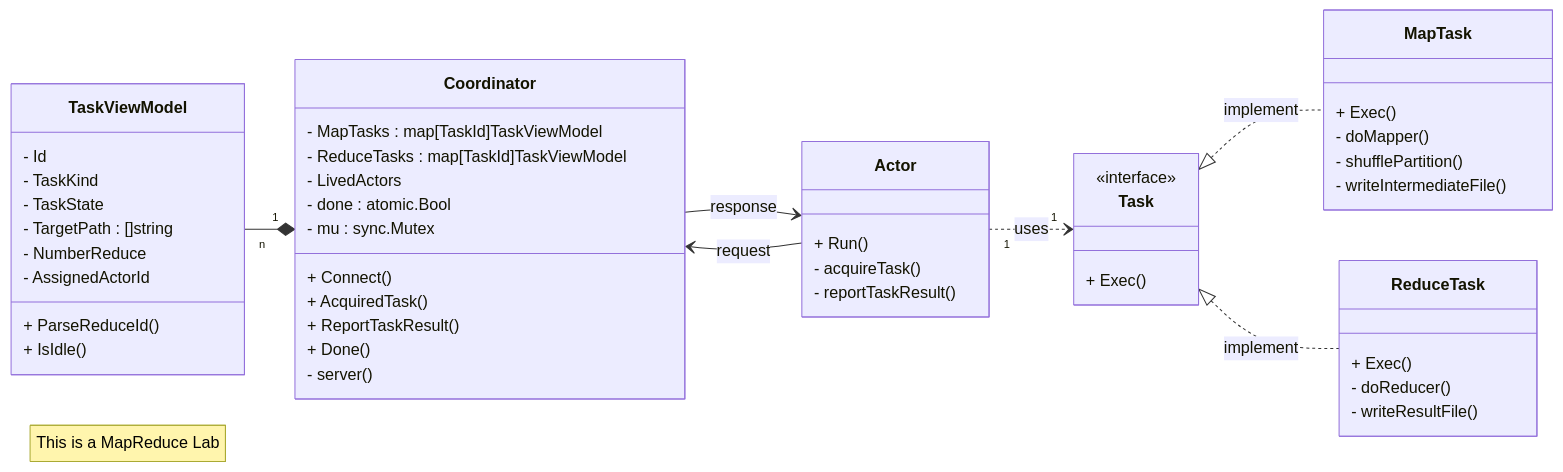
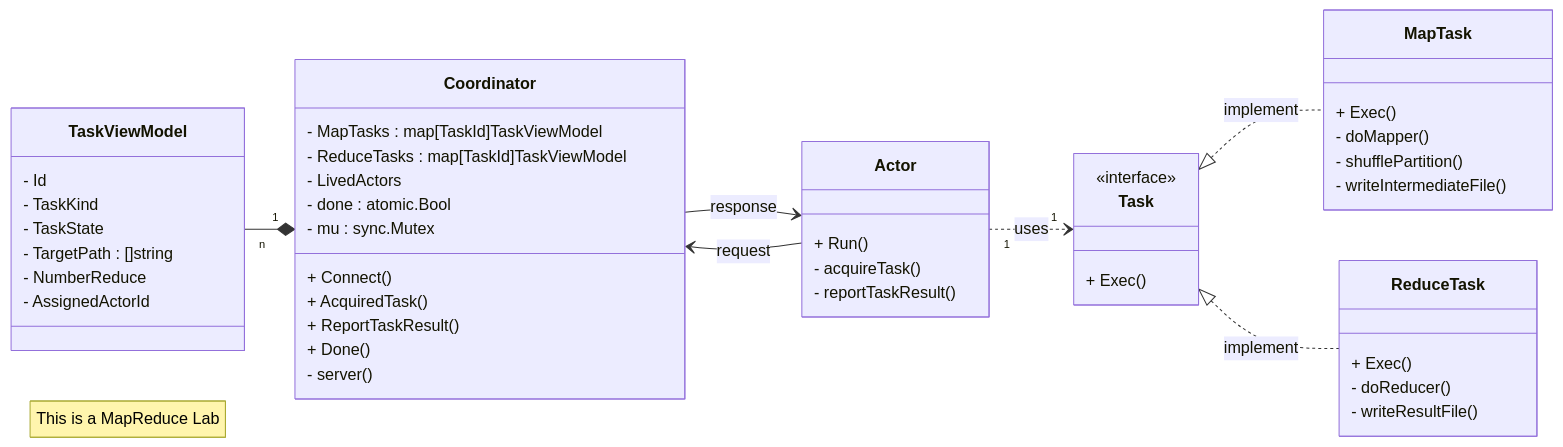
Before and after one commit to KScaesar/Spring-2023-MIT6.5840: the diagram in src/lab1/README.md, drawn with Mermaid.

Commit message:
doc: fix mermaid class diagram

````diff
--- a/src/lab1/README.md
+++ b/src/lab1/README.md
@@ -14,63 +14,60 @@
 ```mermaid
 classDiagram
   direction LR
   note "This is a MapReduce Lab"
   class Coordinator {
     - MapTasks : map[TaskId]TaskViewModel
     - ReduceTasks : map[TaskId]TaskViewModel
     - LivedActors
     - done : atomic.Bool
     - mu : sync.Mutex
 
 
     + Connect()
     + AcquiredTask()
     + ReportTaskResult()
     + Done()
 
     - server()
   }
 
   class Actor {
     + Run()
     - acquireTask()
     - reportTaskResult()
   }
 
   class Task {
      <<interface>>
     + Exec()
   }
 
   class TaskViewModel {
     - Id 
     - TaskKind
     - TaskState
     - TargetPath : []string
     - NumberReduce
     - AssignedActorId
-    
-    + ParseReduceId()
-    + IsIdle()
   }
 
   class MapTask {
     + Exec()
     - doMapper()
     - shufflePartition()
     - writeIntermediateFile()
   }
 
   class ReduceTask {
     + Exec()
     - doReducer()
     - writeResultFile()
   }
 
   Actor --> Coordinator : request
   Coordinator --> Actor : response
   TaskViewModel "n" --* "1" Coordinator
   Actor "1" ..> "1" Task : uses
   Task <|.. MapTask : implement
   Task <|.. ReduceTask : implement
 ```
````
